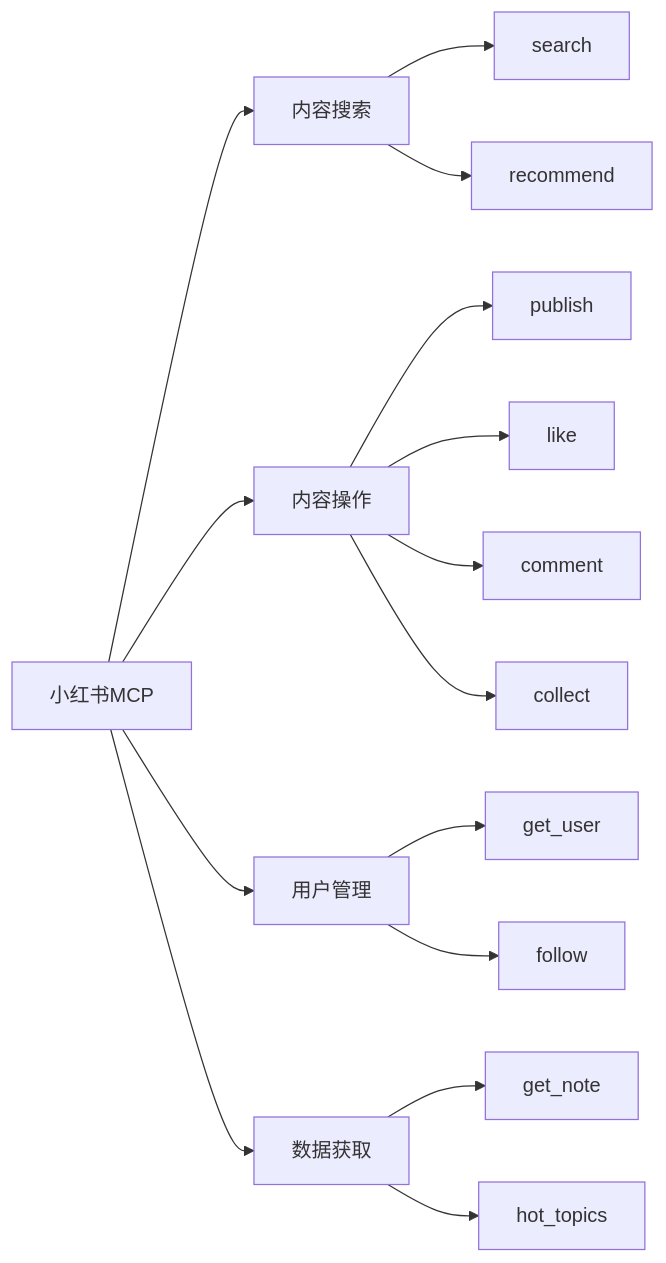
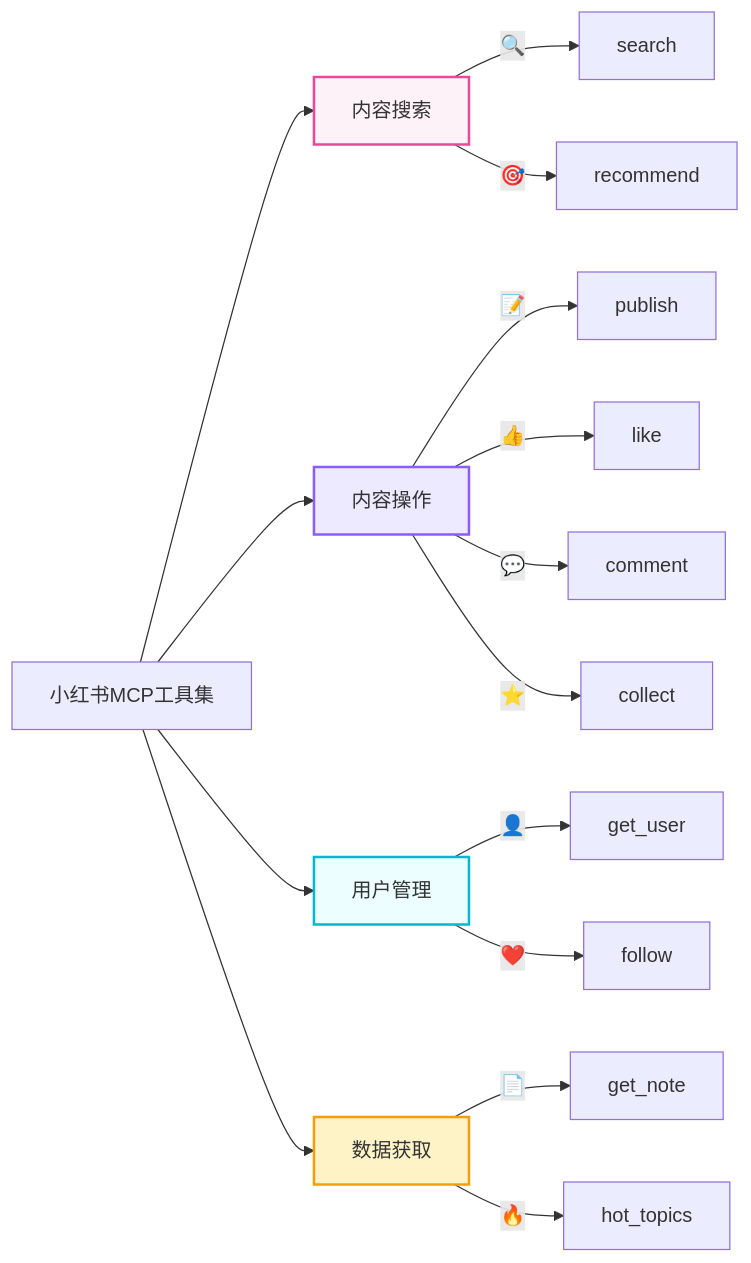
One commit to s233a/slidev-ppt changed the second of 2 diagrams in slides.md. Above: the diagram before and after it, drawn with Mermaid. The commit also changed other lines of this file, not shown here.

````diff
--- a/slides.md
+++ b/slides.md
@@ -173,21 +328,26 @@
 ```mermaid
 graph LR
-    A[小红书MCP] --> B[内容搜索]
+    A[小红书MCP工具集] --> B[内容搜索]
     A --> C[内容操作]
     A --> D[用户管理]
     A --> E[数据获取]
     
-    B --> B1[search]
-    B --> B2[recommend]
+    B -->|🔍| B1[search]
+    B -->|🎯| B2[recommend]
     
-    C --> C1[publish]
-    C --> C2[like]
-    C --> C3[comment]
-    C --> C4[collect]
+    C -->|📝| C1[publish]
+    C -->|👍| C2[like]
+    C -->|💬| C3[comment]
+    C -->|⭐| C4[collect]
     
-    D --> D1[get_user]
-    D --> D2[follow]
+    D -->|👤| D1[get_user]
+    D -->|❤️| D2[follow]
     
-    E --> E1[get_note]
-    E --> E2[hot_topics]
+    E -->|📄| E1[get_note]
+    E -->|🔥| E2[hot_topics]
+    
+    style B fill:#fdf2f8,stroke:#ec4899,stroke-width:2px
+    style C fill:#ede9fe,stroke:#8b5cf6,stroke-width:2px
+    style D fill:#ecfeff,stroke:#06b6d4,stroke-width:2px
+    style E fill:#fef3c7,stroke:#f59e0b,stroke-width:2px
 ```
````
